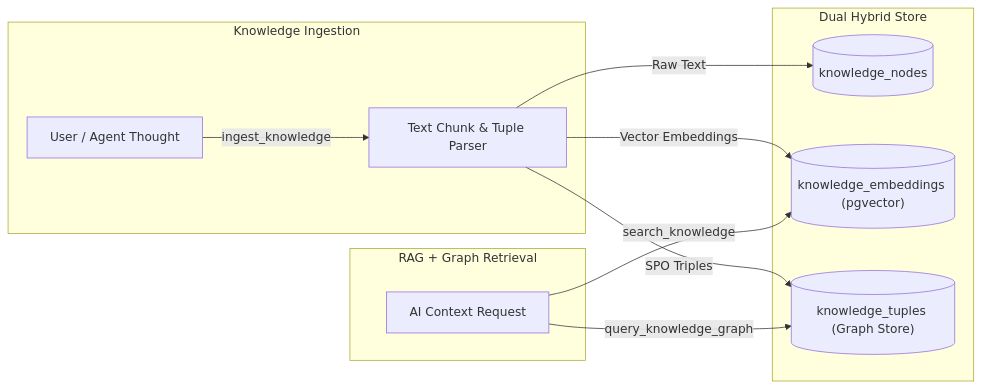
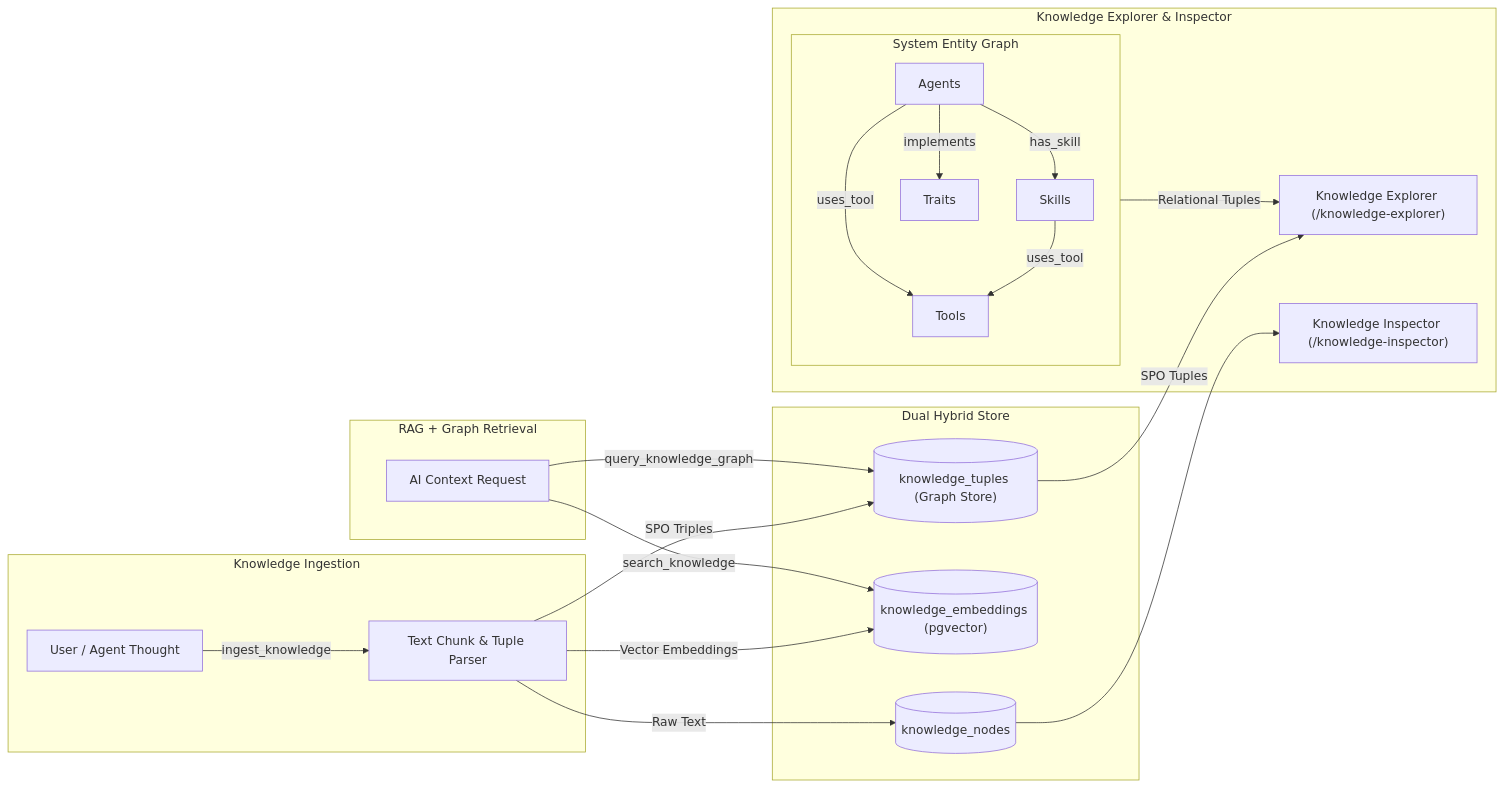
Before and after one commit to PolecatWorks/agent-as-data: the diagram in spec/prds/knowledge-data-system-prd.md, drawn with Mermaid. The commit also changed other lines of this file and 4 other files, not shown here.

Commit message:
docs(spec): add PRD and Spec 32 for Knowledge Explorer relational tuples

````diff
--- a/spec/prds/knowledge-data-system-prd.md
+++ b/spec/prds/knowledge-data-system-prd.md
@@ -39,17 +61,36 @@
 ```mermaid
 flowchart LR
     subgraph Ingestion["Knowledge Ingestion"]
         Input["User / Agent Thought"] -->|ingest_knowledge| Splitter["Text Chunk & Tuple Parser"]
     end
 
     subgraph Storage["Dual Hybrid Store"]
         Splitter -->|Raw Text| Nodes[("knowledge_nodes")]
         Splitter -->|Vector Embeddings| Embeddings[("knowledge_embeddings (pgvector)")]
         Splitter -->|SPO Triples| Tuples[("knowledge_tuples (Graph Store)")]
     end
 
+    subgraph SystemEntities["System Entity Graph"]
+        Agents["Agents"]
+        Skills["Skills"]
+        Tools["Tools"]
+        Traits["Traits"]
+        Agents -->|has_skill| Skills
+        Agents -->|uses_tool| Tools
+        Agents -->|implements| Traits
+        Skills -->|uses_tool| Tools
+    end
+
+    subgraph Visualization["Knowledge Explorer & Inspector"]
+        Explorer["Knowledge Explorer (/knowledge-explorer)"]
+        Inspector["Knowledge Inspector (/knowledge-inspector)"]
+        Tuples -->|SPO Tuples| Explorer
+        SystemEntities -->|Relational Tuples| Explorer
+        Nodes --> Inspector
+    end
+
     subgraph Retrieval["RAG + Graph Retrieval"]
         Query["AI Context Request"] -->|search_knowledge| Embeddings
         Query -->|query_knowledge_graph| Tuples
     end
 ```
````
